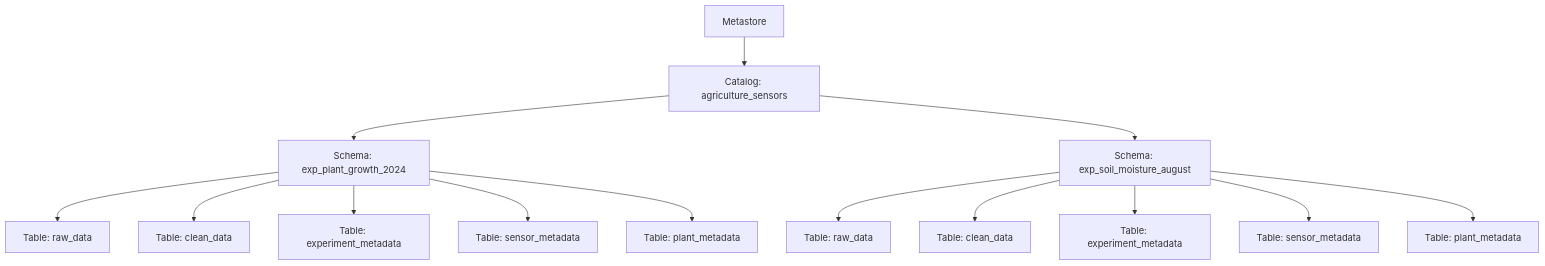
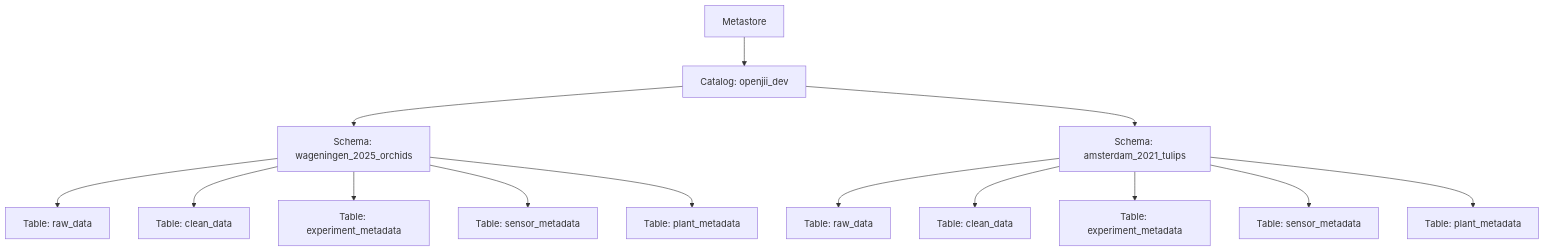
Before and after one commit to Jan-IngenHousz-Institute/open-jii: the diagram in apps/docs/docs/003-data-platform/002-data-governance.md, drawn with Mermaid. The commit also changed other lines of this file and 3 other files, not shown here.

````diff
--- a/apps/docs/docs/003-data-platform/002-data-governance.md
+++ b/apps/docs/docs/003-data-platform/002-data-governance.md
@@ -40,26 +37,26 @@
 ```mermaid
 graph TD
 A[Metastore]
-B[Catalog: agriculture_sensors]
-C[Schema: exp_plant_growth_2024]
-D[Schema: exp_soil_moisture_august]
+B[Catalog: openjii_dev]
+C[Schema: wageningen_2025_orchids]
+D[Schema: amsterdam_2021_tulips]
 E[Table: raw_data]
 F[Table: clean_data]
 G[Table: experiment_metadata]
 H[Table: sensor_metadata]
 I[Table: plant_metadata]
 
 A --> B
 B --> C
 B --> D
 C --> E
 C --> F
 C --> G
 C --> H
 C --> I
 D --> E2[Table: raw_data]
 D --> F2[Table: clean_data]
 D --> G2[Table: experiment_metadata]
 D --> H2[Table: sensor_metadata]
 D --> I2[Table: plant_metadata]
 ```
````
